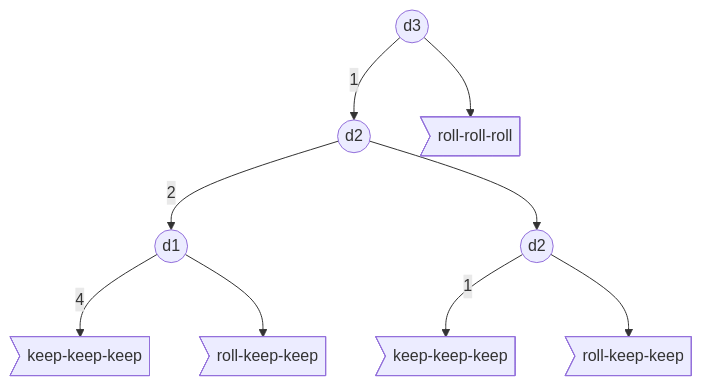
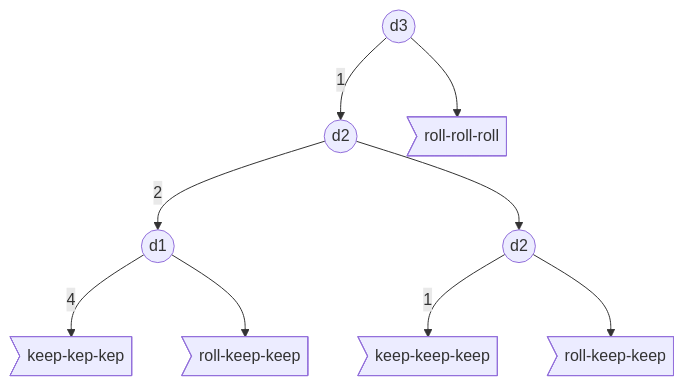
One commit to ceri-num/lct-decision-making changed the diagram in figs/decision-tree-421-2.mmd. Above: the diagram before and after it, drawn with Mermaid. The commit also changed 9 other files, not shown here.

```diff
--- a/figs/decision-tree-421-2.mmd
+++ b/figs/decision-tree-421-2.mmd
@@ -1,9 +1,9 @@
 graph TD;
     d31((d3)) -- 1 --> d21((d2));
     d31 --> actElse>roll-roll-roll];
     d21 -- 2 --> d11((d1));
-    d11 -- 4 --> act421>keep-keep-keep];
+    d11 -- 4 --> act421>keep-kep-kep];
     d11 --> actx21>roll-keep-keep];
     d21 --> d22((d2));
     d22 -- 1--> act111>keep-keep-keep];
     d22 --> actx11>roll-keep-keep];
```
